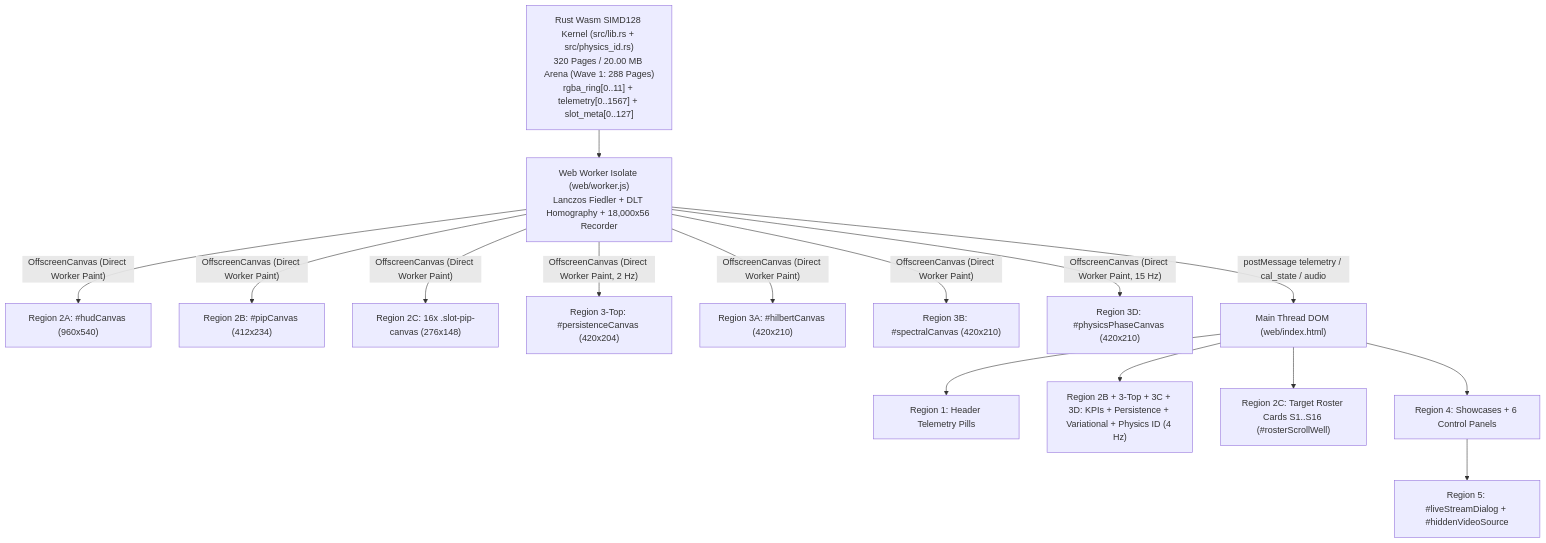
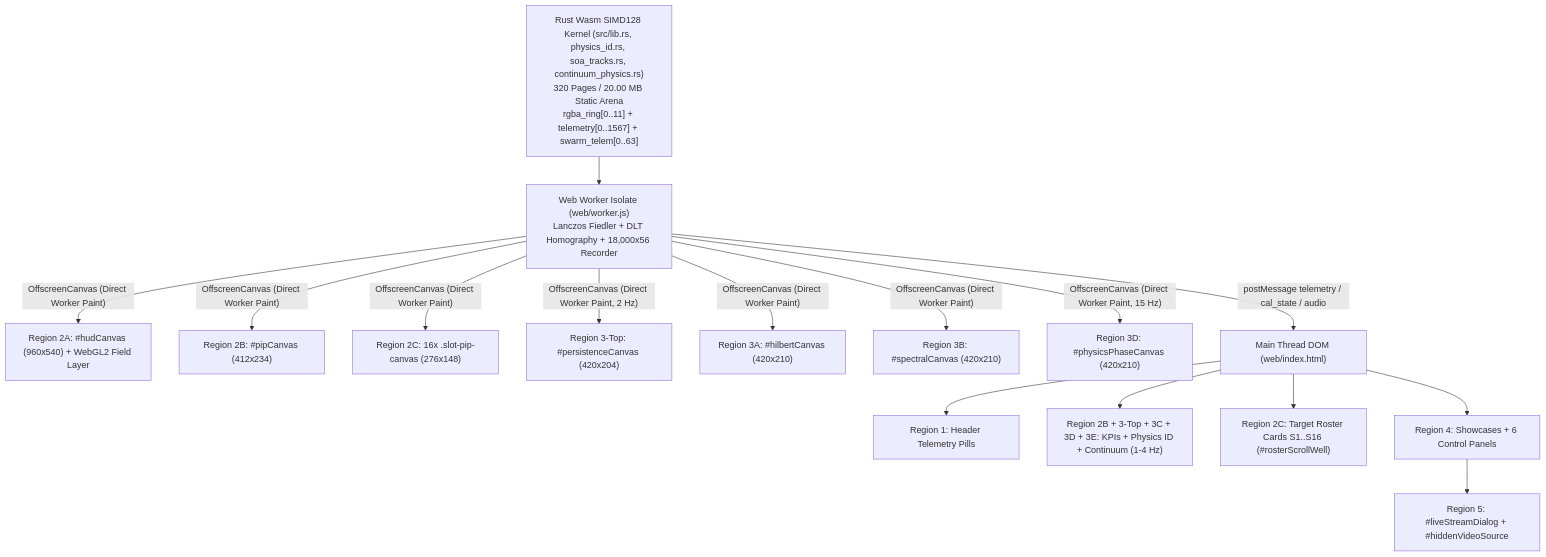
Before and after one commit to steph4n-gh/chronos-spectral: the diagram in docs/UI_TELEMETRY_GUIDE.md, drawn with Mermaid. The commit also changed other lines of this file and 27 other files, not shown here.

Commit message:
docs: rewrite flagship README, add architecture and benchmark guides, panel screenshots, and live demos

````diff
--- a/docs/UI_TELEMETRY_GUIDE.md
+++ b/docs/UI_TELEMETRY_GUIDE.md
@@ -14,17 +16,17 @@
 ```mermaid
 flowchart TB
-  WASM["Rust Wasm SIMD128 Kernel (src/lib.rs + src/physics_id.rs)\n320 Pages / 20.00 MB Arena (Wave 1: 288 Pages)\nrgba_ring[0..11] + telemetry[0..1567] + slot_meta[0..127]"] --> WORKER["Web Worker Isolate (web/worker.js)\nLanczos Fiedler + DLT Homography + 18,000x56 Recorder"]
-  WORKER -->|"OffscreenCanvas (Direct Worker Paint)"| HUD["Region 2A: #hudCanvas (960x540)"]
+  WASM["Rust Wasm SIMD128 Kernel (src/lib.rs, physics_id.rs, soa_tracks.rs, continuum_physics.rs)\n320 Pages / 20.00 MB Static Arena\nrgba_ring[0..11] + telemetry[0..1567] + swarm_telem[0..63]"] --> WORKER["Web Worker Isolate (web/worker.js)\nLanczos Fiedler + DLT Homography + 18,000x56 Recorder"]
+  WORKER -->|"OffscreenCanvas (Direct Worker Paint)"| HUD["Region 2A: #hudCanvas (960x540) + WebGL2 Field Layer"]
   WORKER -->|"OffscreenCanvas (Direct Worker Paint)"| PIP["Region 2B: #pipCanvas (412x234)"]
   WORKER -->|"OffscreenCanvas (Direct Worker Paint)"| ROSTERCANVAS["Region 2C: 16x .slot-pip-canvas (276x148)"]
   WORKER -->|"OffscreenCanvas (Direct Worker Paint, 2 Hz)"| PERSIST["Region 3-Top: #persistenceCanvas (420x204)"]
   WORKER -->|"OffscreenCanvas (Direct Worker Paint)"| HILBERT["Region 3A: #hilbertCanvas (420x210)"]
   WORKER -->|"OffscreenCanvas (Direct Worker Paint)"| SPECTRAL["Region 3B: #spectralCanvas (420x210)"]
   WORKER -->|"OffscreenCanvas (Direct Worker Paint, 15 Hz)"| PHYS["Region 3D: #physicsPhaseCanvas (420x210)"]
   WORKER -->|"postMessage telemetry / cal_state / audio"| DOM["Main Thread DOM (web/index.html)"]
   DOM --> HEADER["Region 1: Header Telemetry Pills"]
-  DOM --> KPIS["Region 2B + 3-Top + 3C + 3D: KPIs + Persistence + Variational + Physics ID (4 Hz)"]
+  DOM --> KPIS["Region 2B + 3-Top + 3C + 3D + 3E: KPIs + Physics ID + Continuum (1-4 Hz)"]
   DOM --> ROSTERDOM["Region 2C: Target Roster Cards S1..S16 (#rosterScrollWell)"]
   DOM --> CONTROLS["Region 4: Showcases + 6 Control Panels"]
   CONTROLS --> MODAL["Region 5: #liveStreamDialog + #hiddenVideoSource"]
 ```
````
